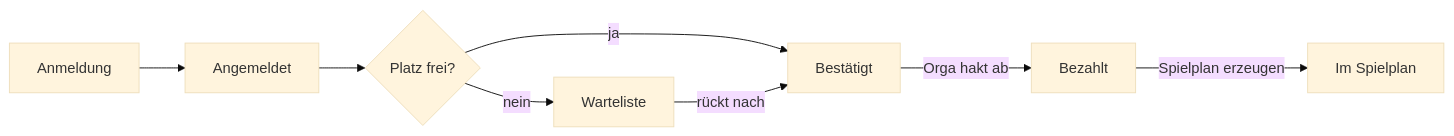
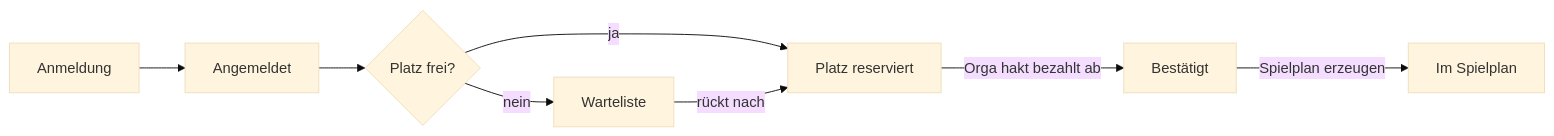
One commit to Kootaro05/Satzball changed the diagram in docs/konzept.md. Above: the diagram before and after it, drawn with Mermaid (base theme). The commit also changed other lines of this file and 49 other files, not shown here.

````diff
--- a/docs/konzept.md
+++ b/docs/konzept.md
@@ -126,10 +126,10 @@
 ```mermaid
 flowchart LR
     A[Anmeldung] --> B[Angemeldet]
     B --> C{Platz frei?}
-    C -- ja --> D[Bestätigt]
+    C -- ja --> B2[Platz reserviert]
     C -- nein --> W[Warteliste]
-    W -- rückt nach --> D
-    D -- Orga hakt ab --> E[Bezahlt]
-    E -- Spielplan erzeugen --> F[Im Spielplan]
+    W -- rückt nach --> B2
+    B2 -- Orga hakt bezahlt ab --> D[Bestätigt]
+    D -- Spielplan erzeugen --> F[Im Spielplan]
 ```
````
